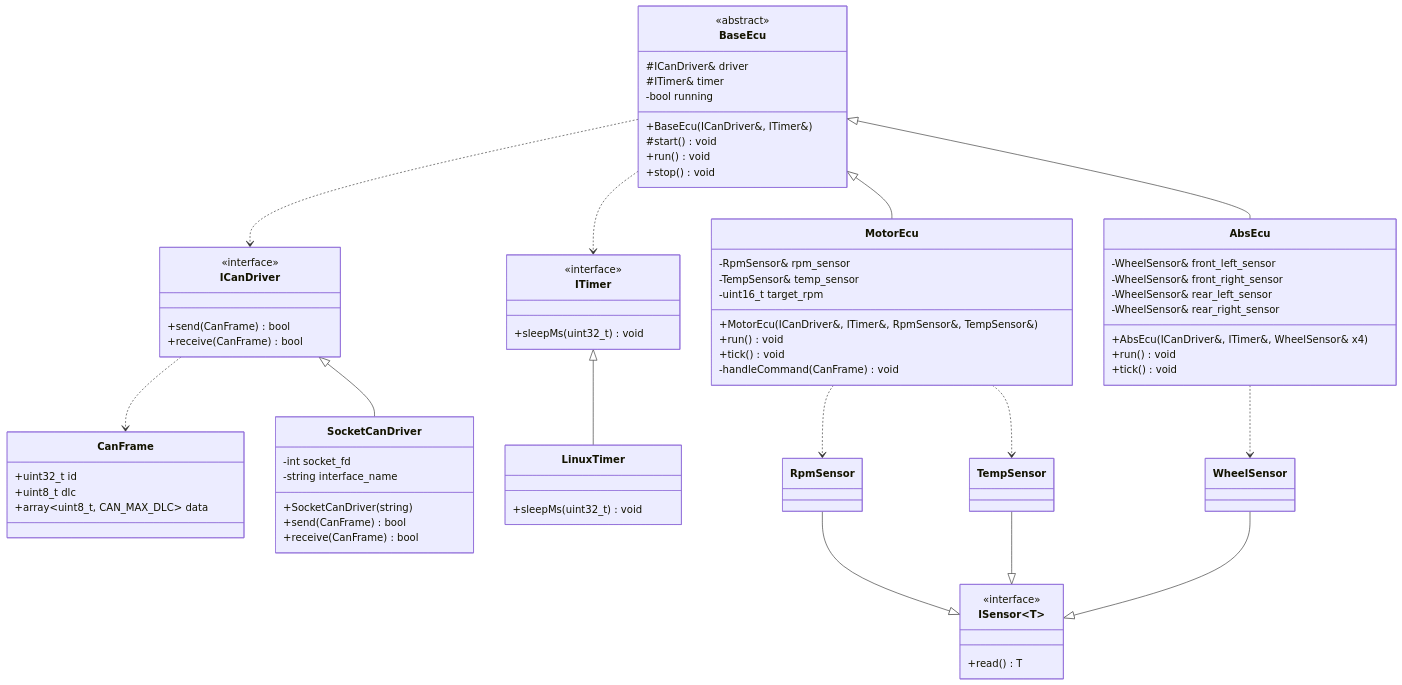
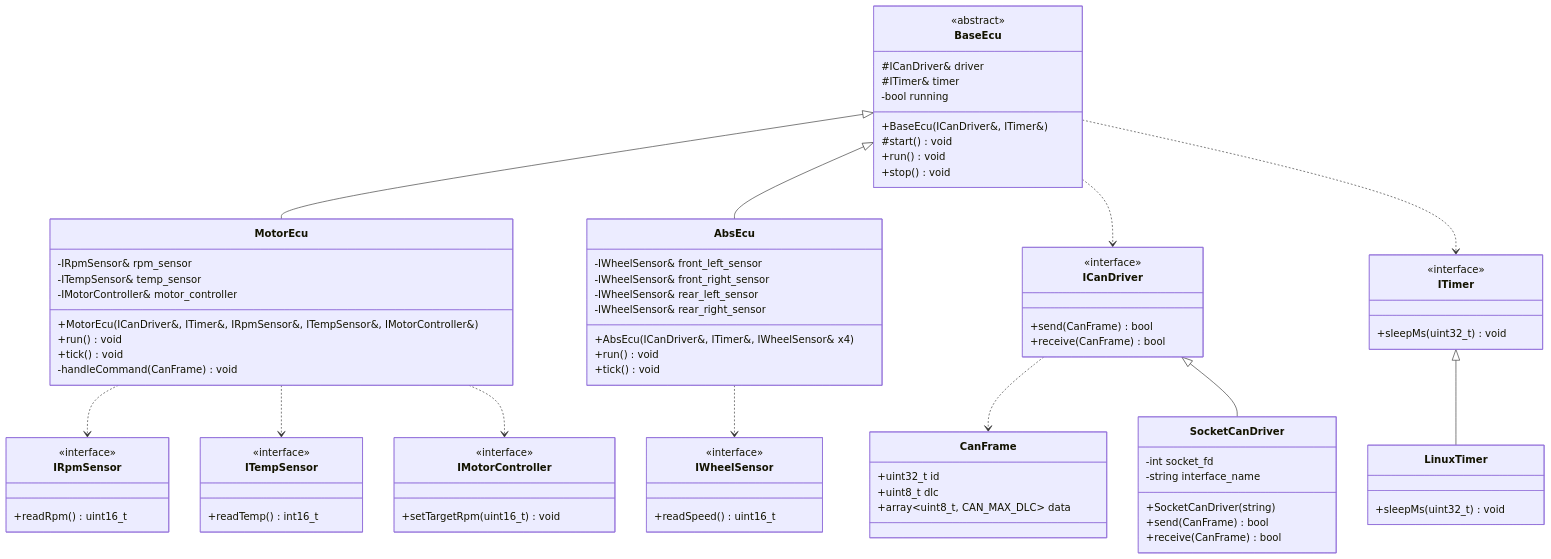
Before and after one commit to brahimab8/vcan-sim: the first of 2 diagrams in docs/architecture.md, drawn with Mermaid. The commit also changed other lines of this file and 2 other files, not shown here.

Commit message:
refactor(ecu): chore: update CMake and docs for sensor interface refactor

````diff
--- a/docs/architecture.md
+++ b/docs/architecture.md
@@ -54,9 +54,24 @@
         +sleepMs(uint32_t) void
     }
 
-    class ISensor~T~ {
+    class IRpmSensor {
         <<interface>>
-        +read() T
+        +readRpm() uint16_t
+    }
+
+    class ITempSensor {
+        <<interface>>
+        +readTemp() int16_t
+    }
+
+    class IWheelSensor {
+        <<interface>>
+        +readSpeed() uint16_t
+    }
+
+    class IMotorController {
+        <<interface>>
+        +setTargetRpm(uint16_t) void
     }
 
     class BaseEcu {
@@ -71,21 +86,21 @@
     }
 
     class MotorEcu {
-        -RpmSensor& rpm_sensor
-        -TempSensor& temp_sensor
-        -uint16_t target_rpm
-        +MotorEcu(ICanDriver&, ITimer&, RpmSensor&, TempSensor&)
+        -IRpmSensor& rpm_sensor
+        -ITempSensor& temp_sensor
+        -IMotorController& motor_controller
+        +MotorEcu(ICanDriver&, ITimer&, IRpmSensor&, ITempSensor&, IMotorController&)
         +run() void
         +tick() void
         -handleCommand(CanFrame) void
     }
 
     class AbsEcu {
-        -WheelSensor& front_left_sensor
-        -WheelSensor& front_right_sensor
-        -WheelSensor& rear_left_sensor
-        -WheelSensor& rear_right_sensor
-        +AbsEcu(ICanDriver&, ITimer&, WheelSensor& x4)
+        -IWheelSensor& front_left_sensor
+        -IWheelSensor& front_right_sensor
+        -IWheelSensor& rear_left_sensor
+        -IWheelSensor& rear_right_sensor
+        +AbsEcu(ICanDriver&, ITimer&, IWheelSensor& x4)
         +run() void
         +tick() void
     }
@@ -94,15 +109,13 @@
     ICanDriver <|-- SocketCanDriver
     ITimer <|-- LinuxTimer
 
-    RpmSensor --|> ISensor
-    TempSensor --|> ISensor
-    WheelSensor --|> ISensor
-
     BaseEcu <|-- MotorEcu
     BaseEcu <|-- AbsEcu
     BaseEcu ..> ICanDriver
     BaseEcu ..> ITimer
-    MotorEcu ..> RpmSensor
-    MotorEcu ..> TempSensor
-    AbsEcu ..> WheelSensor
+    MotorEcu ..> IRpmSensor
+    MotorEcu ..> ITempSensor
+    MotorEcu ..> IMotorController
+    AbsEcu ..> IWheelSensor
+
 ```
````
